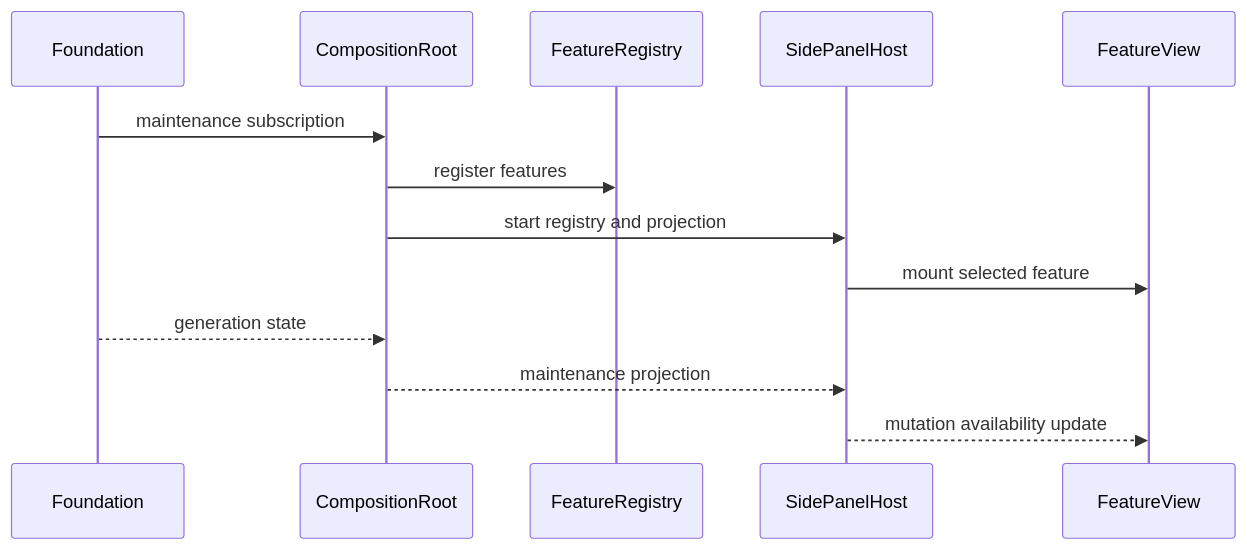
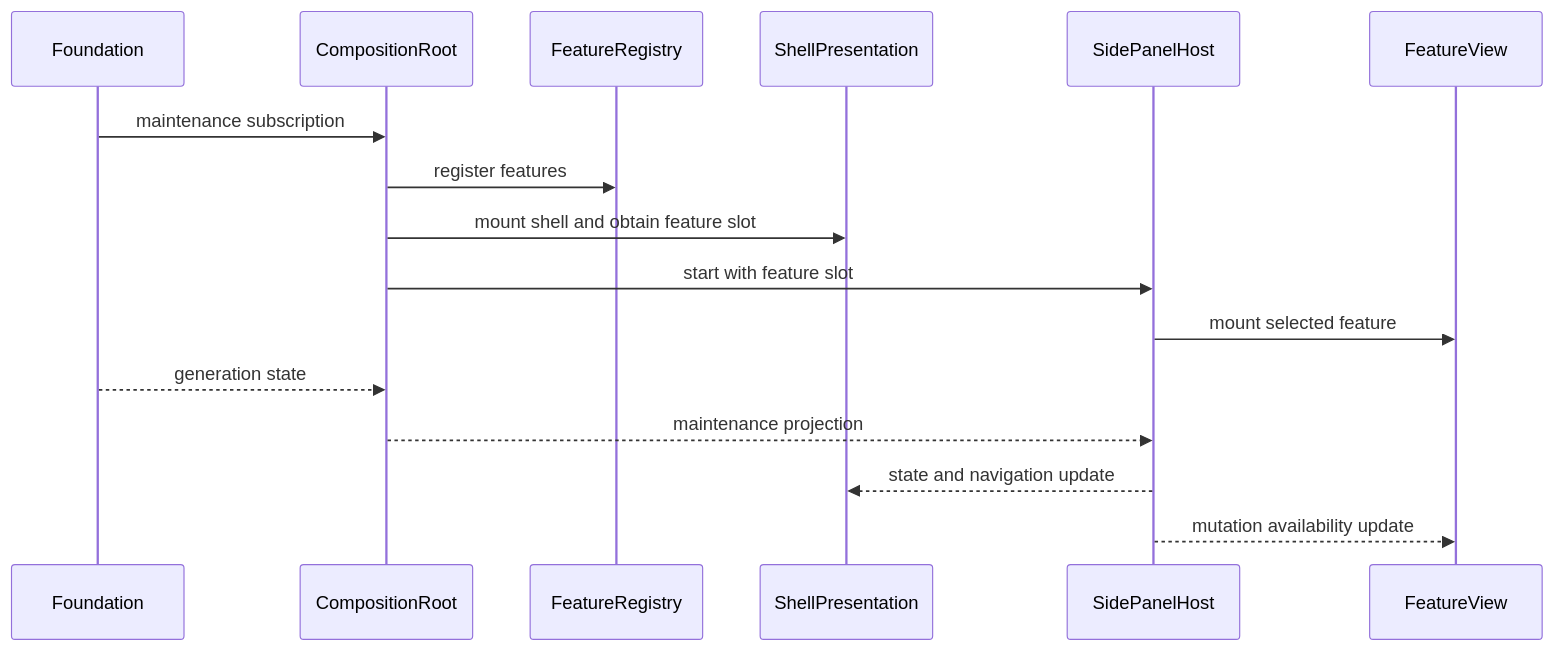
Before and after one commit to Huruikagi/pc-build-planner: the second of 2 diagrams in .kiro/specs/application-shell/design.md, drawn with Mermaid. The commit also changed other lines of this file and 2 other files, not shown here.

Commit message:
docs(application-shell): align production composition design

````diff
--- a/.kiro/specs/application-shell/design.md
+++ b/.kiro/specs/application-shell/design.md
@@ -118,15 +139,18 @@
 ```mermaid
 sequenceDiagram
     participant F as Foundation
     participant R as CompositionRoot
     participant G as FeatureRegistry
+    participant P as ShellPresentation
     participant H as SidePanelHost
     participant V as FeatureView
     F->>R: maintenance subscription
     R->>G: register features
-    R->>H: start registry and projection
+    R->>P: mount shell and obtain feature slot
+    R->>H: start with feature slot
     H->>V: mount selected feature
     F-->>R: generation state
     R-->>H: maintenance projection
+    H-->>P: state and navigation update
     H-->>V: mutation availability update
 ```
````
